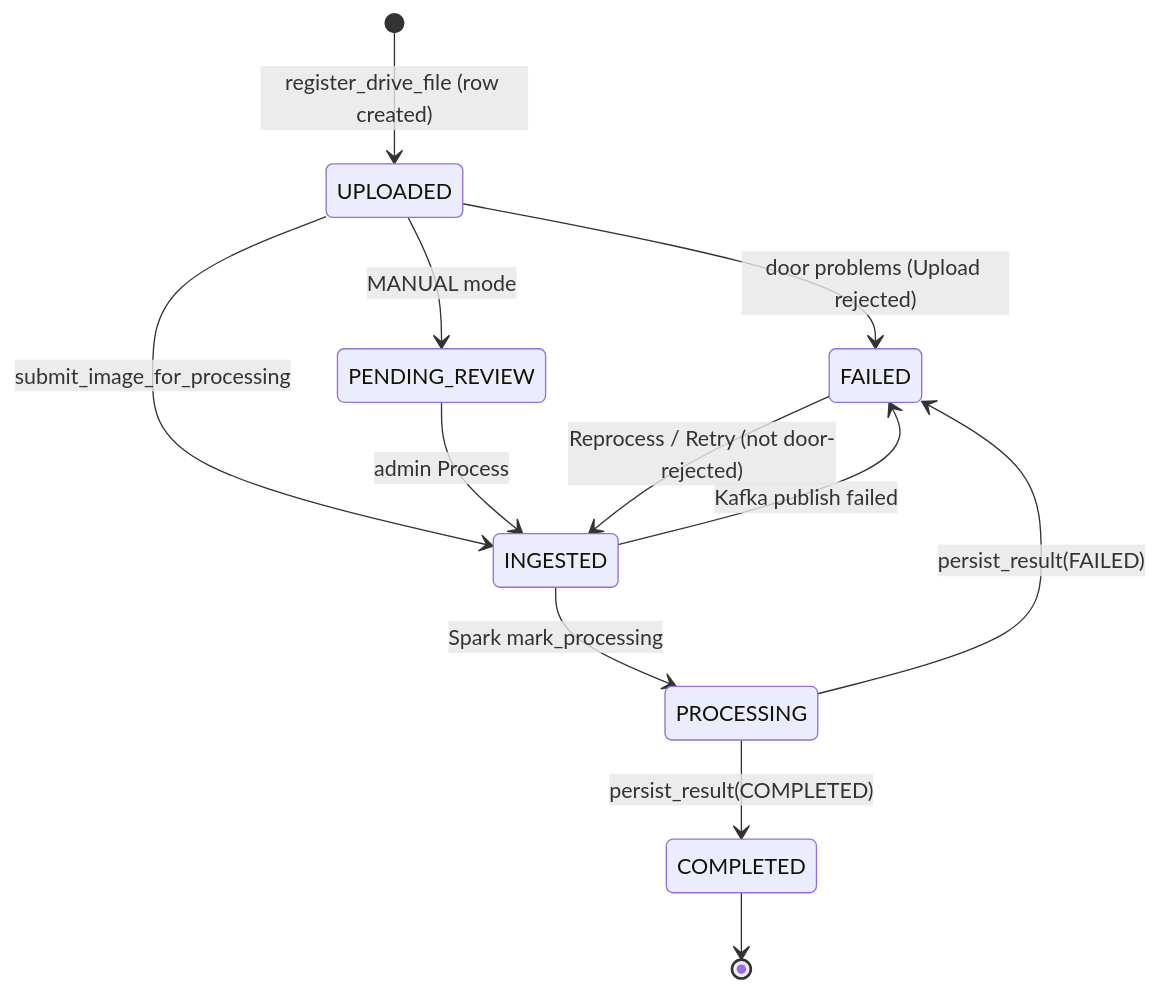
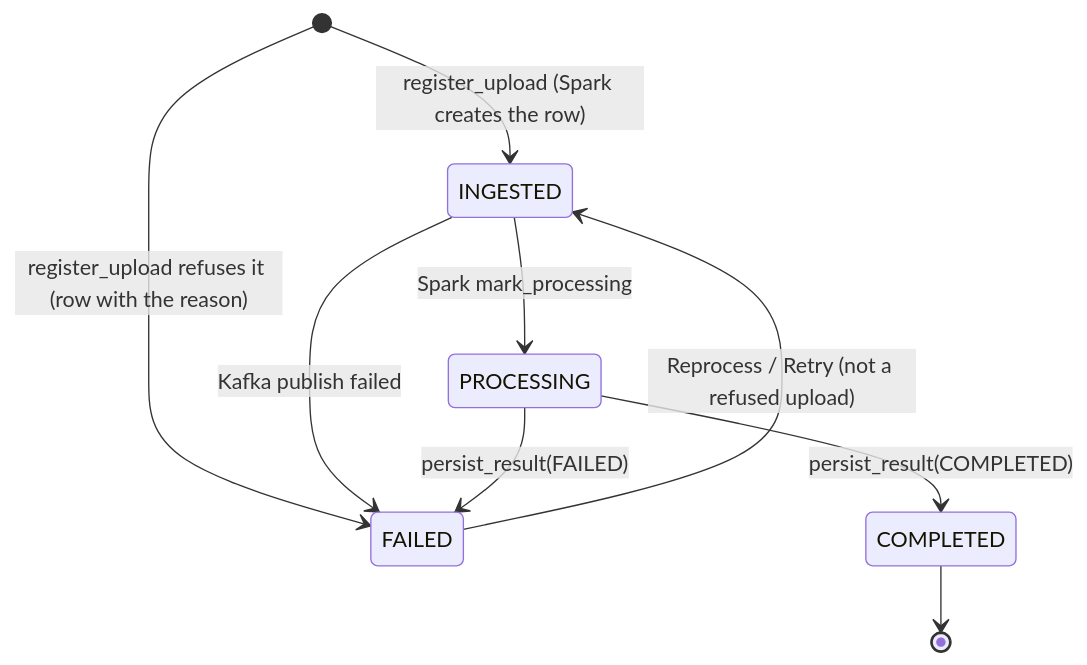
Before and after one commit to AOD-collab/-crop-disease-ews: the second of 5 diagrams in Kafka_Spark_Drive_Code_Explanation.md, drawn with Mermaid. The commit also changed other lines of this file and 9 other files, not shown here.

````diff
--- a/Kafka_Spark_Drive_Code_Explanation.md
+++ b/Kafka_Spark_Drive_Code_Explanation.md
@@ -2274,14 +2460,11 @@
 ```mermaid
 stateDiagram-v2
-    [*] --> UPLOADED: register_drive_file (row created)
-    UPLOADED --> FAILED: door problems (Upload rejected)
-    UPLOADED --> PENDING_REVIEW: MANUAL mode
-    UPLOADED --> INGESTED: submit_image_for_processing
-    PENDING_REVIEW --> INGESTED: admin Process
-    FAILED --> INGESTED: Reprocess / Retry (not door-rejected)
+    [*] --> INGESTED: register_upload (Spark creates the row)
+    [*] --> FAILED: register_upload refuses it (row with the reason)
+    FAILED --> INGESTED: Reprocess / Retry (not a refused upload)
     INGESTED --> FAILED: Kafka publish failed
     INGESTED --> PROCESSING: Spark mark_processing
     PROCESSING --> COMPLETED: persist_result(COMPLETED)
     PROCESSING --> FAILED: persist_result(FAILED)
     COMPLETED --> [*]
 ```
````
